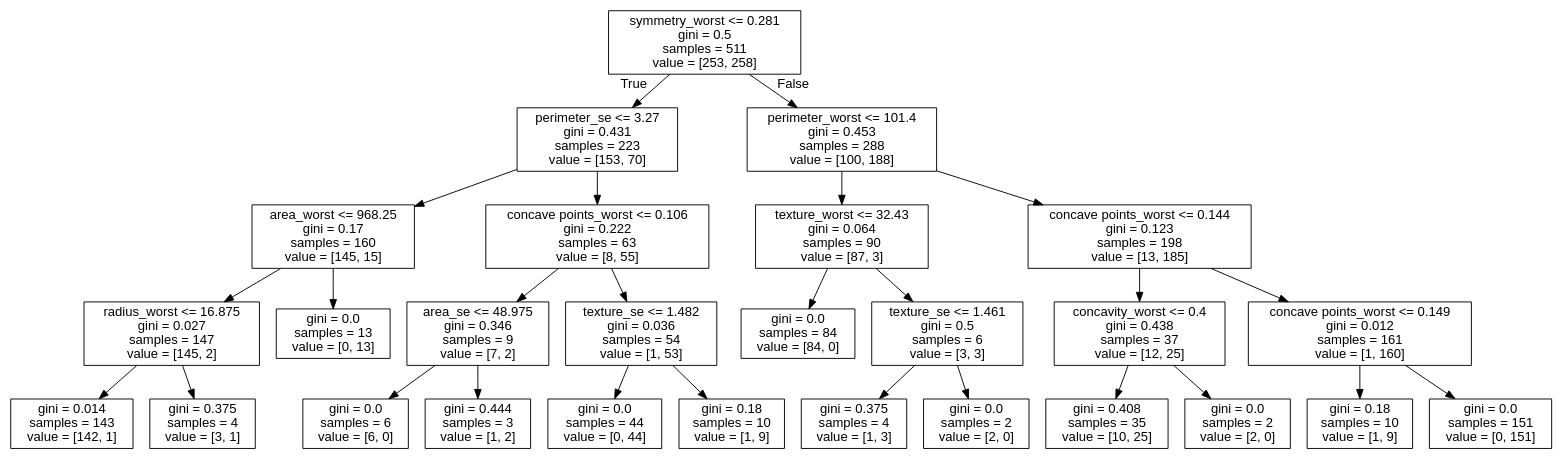
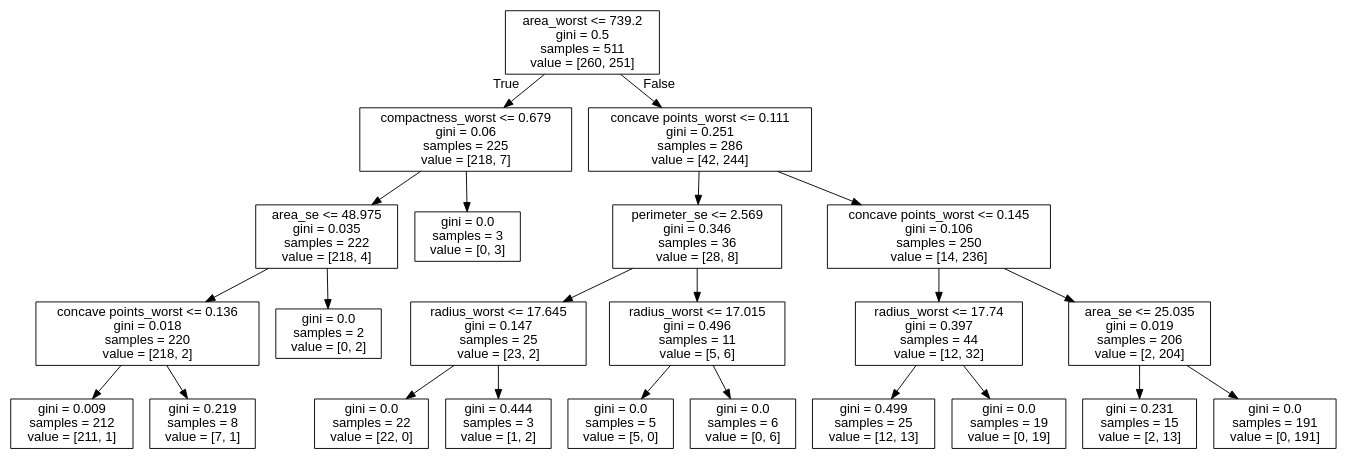
Before and after one commit to m21ark/ia_t2: the diagram in tree.dot, drawn with Graphviz. The commit also changed 2 other files, not shown here.

```diff
--- a/tree.dot
+++ b/tree.dot
@@ -1,57 +1,49 @@
 digraph Tree {
 node [shape=box, fontname="helvetica"] ;
 edge [fontname="helvetica"] ;
-0 [label="symmetry_worst <= 0.281\ngini = 0.5\nsamples = 511\nvalue = [253, 258]"] ;
-1 [label="perimeter_se <= 3.27\ngini = 0.431\nsamples = 223\nvalue = [153, 70]"] ;
+0 [label="area_worst <= 739.2\ngini = 0.5\nsamples = 511\nvalue = [260, 251]"] ;
+1 [label="compactness_worst <= 0.679\ngini = 0.06\nsamples = 225\nvalue = [218, 7]"] ;
 0 -> 1 [labeldistance=2.5, labelangle=45, headlabel="True"] ;
-2 [label="area_worst <= 968.25\ngini = 0.17\nsamples = 160\nvalue = [145, 15]"] ;
+2 [label="area_se <= 48.975\ngini = 0.035\nsamples = 222\nvalue = [218, 4]"] ;
 1 -> 2 ;
-3 [label="radius_worst <= 16.875\ngini = 0.027\nsamples = 147\nvalue = [145, 2]"] ;
+3 [label="concave points_worst <= 0.136\ngini = 0.018\nsamples = 220\nvalue = [218, 2]"] ;
 2 -> 3 ;
-4 [label="gini = 0.014\nsamples = 143\nvalue = [142, 1]"] ;
+4 [label="gini = 0.009\nsamples = 212\nvalue = [211, 1]"] ;
 3 -> 4 ;
-5 [label="gini = 0.375\nsamples = 4\nvalue = [3, 1]"] ;
+5 [label="gini = 0.219\nsamples = 8\nvalue = [7, 1]"] ;
 3 -> 5 ;
-6 [label="gini = 0.0\nsamples = 13\nvalue = [0, 13]"] ;
+6 [label="gini = 0.0\nsamples = 2\nvalue = [0, 2]"] ;
 2 -> 6 ;
-7 [label="concave points_worst <= 0.106\ngini = 0.222\nsamples = 63\nvalue = [8, 55]"] ;
+7 [label="gini = 0.0\nsamples = 3\nvalue = [0, 3]"] ;
 1 -> 7 ;
-8 [label="area_se <= 48.975\ngini = 0.346\nsamples = 9\nvalue = [7, 2]"] ;
-7 -> 8 ;
-9 [label="gini = 0.0\nsamples = 6\nvalue = [6, 0]"] ;
+8 [label="concave points_worst <= 0.111\ngini = 0.251\nsamples = 286\nvalue = [42, 244]"] ;
+0 -> 8 [labeldistance=2.5, labelangle=-45, headlabel="False"] ;
+9 [label="perimeter_se <= 2.569\ngini = 0.346\nsamples = 36\nvalue = [28, 8]"] ;
 8 -> 9 ;
-10 [label="gini = 0.444\nsamples = 3\nvalue = [1, 2]"] ;
-8 -> 10 ;
-11 [label="texture_se <= 1.482\ngini = 0.036\nsamples = 54\nvalue = [1, 53]"] ;
-7 -> 11 ;
-12 [label="gini = 0.0\nsamples = 44\nvalue = [0, 44]"] ;
-11 -> 12 ;
-13 [label="gini = 0.18\nsamples = 10\nvalue = [1, 9]"] ;
-11 -> 13 ;
-14 [label="perimeter_worst <= 101.4\ngini = 0.453\nsamples = 288\nvalue = [100, 188]"] ;
-0 -> 14 [labeldistance=2.5, labelangle=-45, headlabel="False"] ;
-15 [label="texture_worst <= 32.43\ngini = 0.064\nsamples = 90\nvalue = [87, 3]"] ;
-14 -> 15 ;
-16 [label="gini = 0.0\nsamples = 84\nvalue = [84, 0]"] ;
-15 -> 16 ;
-17 [label="texture_se <= 1.461\ngini = 0.5\nsamples = 6\nvalue = [3, 3]"] ;
-15 -> 17 ;
-18 [label="gini = 0.375\nsamples = 4\nvalue = [1, 3]"] ;
+10 [label="radius_worst <= 17.645\ngini = 0.147\nsamples = 25\nvalue = [23, 2]"] ;
+9 -> 10 ;
+11 [label="gini = 0.0\nsamples = 22\nvalue = [22, 0]"] ;
+10 -> 11 ;
+12 [label="gini = 0.444\nsamples = 3\nvalue = [1, 2]"] ;
+10 -> 12 ;
+13 [label="radius_worst <= 17.015\ngini = 0.496\nsamples = 11\nvalue = [5, 6]"] ;
+9 -> 13 ;
+14 [label="gini = 0.0\nsamples = 5\nvalue = [5, 0]"] ;
+13 -> 14 ;
+15 [label="gini = 0.0\nsamples = 6\nvalue = [0, 6]"] ;
+13 -> 15 ;
+16 [label="concave points_worst <= 0.145\ngini = 0.106\nsamples = 250\nvalue = [14, 236]"] ;
+8 -> 16 ;
+17 [label="radius_worst <= 17.74\ngini = 0.397\nsamples = 44\nvalue = [12, 32]"] ;
+16 -> 17 ;
+18 [label="gini = 0.499\nsamples = 25\nvalue = [12, 13]"] ;
 17 -> 18 ;
-19 [label="gini = 0.0\nsamples = 2\nvalue = [2, 0]"] ;
+19 [label="gini = 0.0\nsamples = 19\nvalue = [0, 19]"] ;
 17 -> 19 ;
-20 [label="concave points_worst <= 0.144\ngini = 0.123\nsamples = 198\nvalue = [13, 185]"] ;
-14 -> 20 ;
-21 [label="concavity_worst <= 0.4\ngini = 0.438\nsamples = 37\nvalue = [12, 25]"] ;
+20 [label="area_se <= 25.035\ngini = 0.019\nsamples = 206\nvalue = [2, 204]"] ;
+16 -> 20 ;
+21 [label="gini = 0.231\nsamples = 15\nvalue = [2, 13]"] ;
 20 -> 21 ;
-22 [label="gini = 0.408\nsamples = 35\nvalue = [10, 25]"] ;
-21 -> 22 ;
-23 [label="gini = 0.0\nsamples = 2\nvalue = [2, 0]"] ;
-21 -> 23 ;
-24 [label="concave points_worst <= 0.149\ngini = 0.012\nsamples = 161\nvalue = [1, 160]"] ;
-20 -> 24 ;
-25 [label="gini = 0.18\nsamples = 10\nvalue = [1, 9]"] ;
-24 -> 25 ;
-26 [label="gini = 0.0\nsamples = 151\nvalue = [0, 151]"] ;
-24 -> 26 ;
+22 [label="gini = 0.0\nsamples = 191\nvalue = [0, 191]"] ;
+20 -> 22 ;
 }
```
